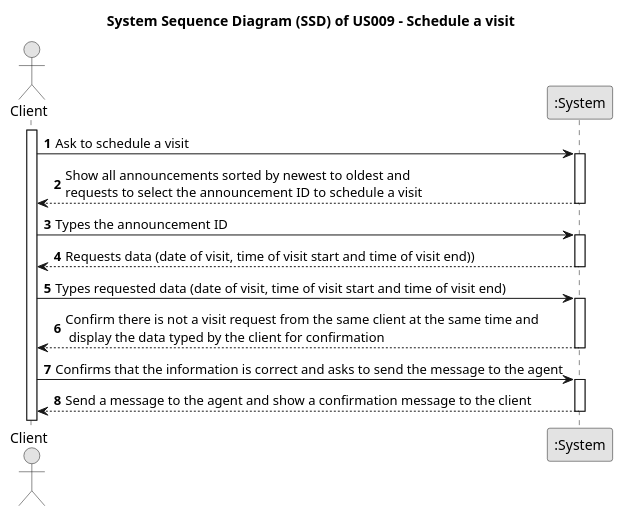
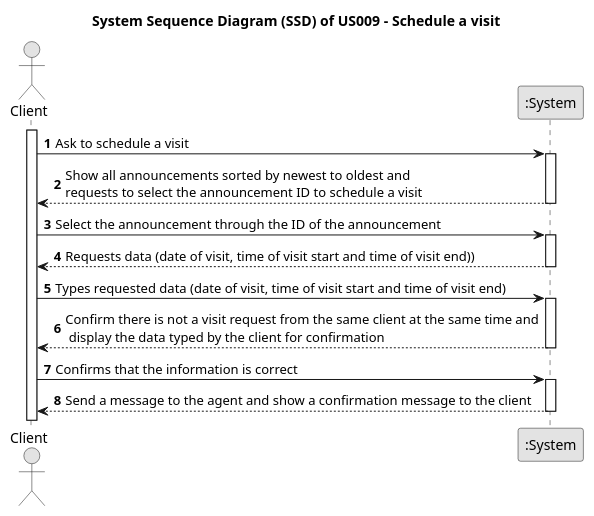
Before and after one commit to Goncalves2525/real-estate-management-system: the diagram in docs/sprintD/us009/01.requirements-engineering/puml/us009-system-sequence-diagram.puml, drawn with PlantUML. The commit also changed 6 other files, not shown here.

Commit message:
FURPS complete USE case diagram

```diff
--- a/docs/sprintD/us009/01.requirements-engineering/puml/us009-system-sequence-diagram.puml
+++ b/docs/sprintD/us009/01.requirements-engineering/puml/us009-system-sequence-diagram.puml
@@ -1,41 +1,41 @@
 @startuml
 skinparam monochrome true
 skinparam packageStyle rectangle
 skinparam shadowing false
 
 title System Sequence Diagram (SSD) of US009 - Schedule a visit
 
 autonumber
 
 actor "Client" as Client
 participant ":System" as System
 
 activate Client
 
 
     Client -> System : Ask to schedule a visit
         activate System
 
         System --> Client : Show all announcements sorted by newest to oldest and \nrequests to select the announcement ID to schedule a visit
     deactivate System
 
-    Client -> System : Types the announcement ID
+    Client -> System : Select the announcement through the ID of the announcement
         activate System
 
         System --> Client : Requests data (date of visit, time of visit start and time of visit end))
     deactivate System
 
     Client -> System : Types requested data (date of visit, time of visit start and time of visit end)
         activate System
 
         System --> Client : Confirm there is not a visit request from the same client at the same time and\n display the data typed by the client for confirmation
     deactivate System
 
-    Client -> System : Confirms that the information is correct and asks to send the message to the agent
+    Client -> System : Confirms that the information is correct
         activate System
 
         System --> Client : Send a message to the agent and show a confirmation message to the client
     deactivate System
 
 
 @enduml
```
